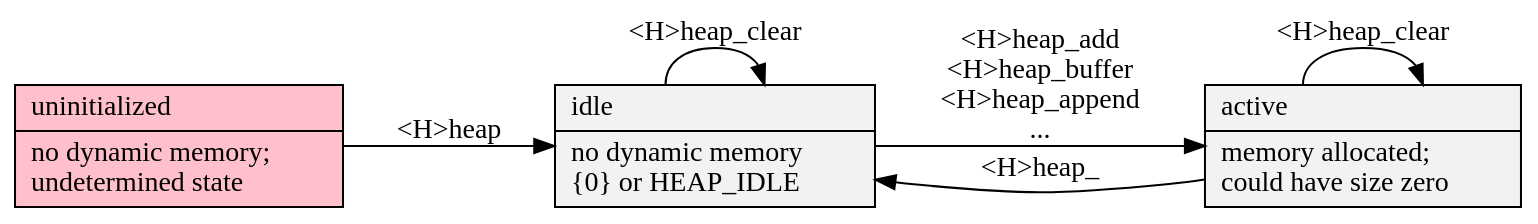
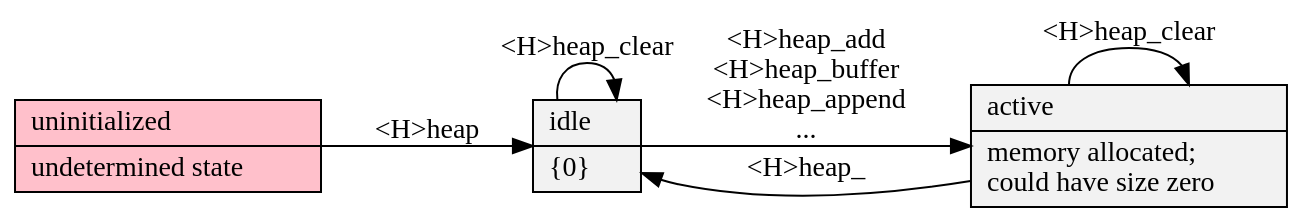
The diagram in doc/heap/states.gv (neil-edelman/boxes), drawn with Graphviz before and after one commit. The commit also changed 27 other files, not shown here.

```diff
--- a/doc/heap/states.gv
+++ b/doc/heap/states.gv
@@ -1,13 +1,13 @@
 digraph {
 	graph [rankdir=LR, truecolor=true, bgcolor=transparent, fontname="Bitstream Vera Sans"];
 	node [shape=record, style=filled, fillcolor="Grey95", fontname="Bitstream Vera Sans"];
 	edge [fontname="Bitstream Vera Sans"];
-	null [ label = "uninitialized\l|no dynamic memory;\lundetermined state\l", fillcolor = pink ];
-	static [ label = "idle\l|no dynamic memory\l\{0\} or HEAP_IDLE\l" ];
+	null [ label = "uninitialized\l|undetermined state\l", fillcolor = pink ];
+	static [ label = "idle\l|\{0\}\l" ];
 	dynamic [ label = "active\l|memory allocated;\lcould have size zero\l" ];
 	null -> static [ label = "<H>heap" ];
 	static -> dynamic [ label = "<H>heap_add\n<H>heap_buffer\n<H>heap_append\n..." ];
 	dynamic -> static [ label = "<H>heap_" ];
 	static -> static [ label = "<H>heap_clear" ];
 	dynamic -> dynamic [ label = "<H>heap_clear" ];
 }
```
